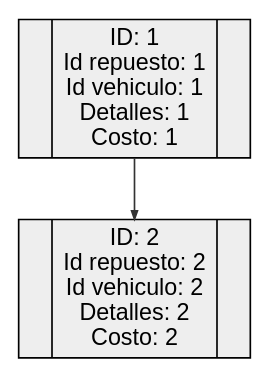
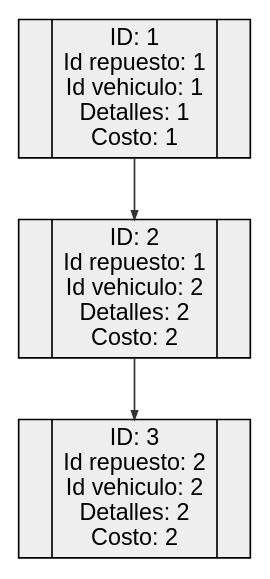
One commit to 0520Jose/-EDD-1S2025_202300539 changed the diagram in Fase3/AutoGestPro/Reportes/ReporteServicios.dot. Above: the diagram before and after it, drawn with Graphviz. The commit also changed 58 other files, not shown here.

```diff
--- a/Fase3/AutoGestPro/Reportes/ReporteServicios.dot
+++ b/Fase3/AutoGestPro/Reportes/ReporteServicios.dot
@@ -1,27 +1,29 @@
 digraph G {
 node [shape=record];
 rankdir=TB;
 node [height=0.5];
 node [width=0.5];
 node [style=filled];
 node [fillcolor="#EEEEEE"];
 node [fontname="Arial"];
 edge [fontname="Arial"];
 edge [fontsize=8];
 edge [fontcolor="#333333"];
 edge [labelfloat=false];
 edge [decorate=true];
 edge [style="solid"];
 edge [color="#333333"];
 edge [dir="forward"];
 edge [arrowhead="normal"];
 edge [arrowsize="0.5"];
 edge [arrowtail="normal"];
 edge [taillabel=""];
 edge [headlabel=""];
 edge [label=""];
 edge [weight="1"];
 n1 [label="<f0> |<f1> ID: 1\nId repuesto: 1\nId vehiculo: 1\nDetalles: 1\nCosto: 1|<f2>"];
 n1 -> n2;
-n2 [label="<f0> |<f1> ID: 2\nId repuesto: 2\nId vehiculo: 2\nDetalles: 2\nCosto: 2|<f2>"];
+n2 [label="<f0> |<f1> ID: 2\nId repuesto: 1\nId vehiculo: 2\nDetalles: 2\nCosto: 2|<f2>"];
+n2 -> n3;
+n3 [label="<f0> |<f1> ID: 3\nId repuesto: 2\nId vehiculo: 2\nDetalles: 2\nCosto: 2|<f2>"];
 }
```
